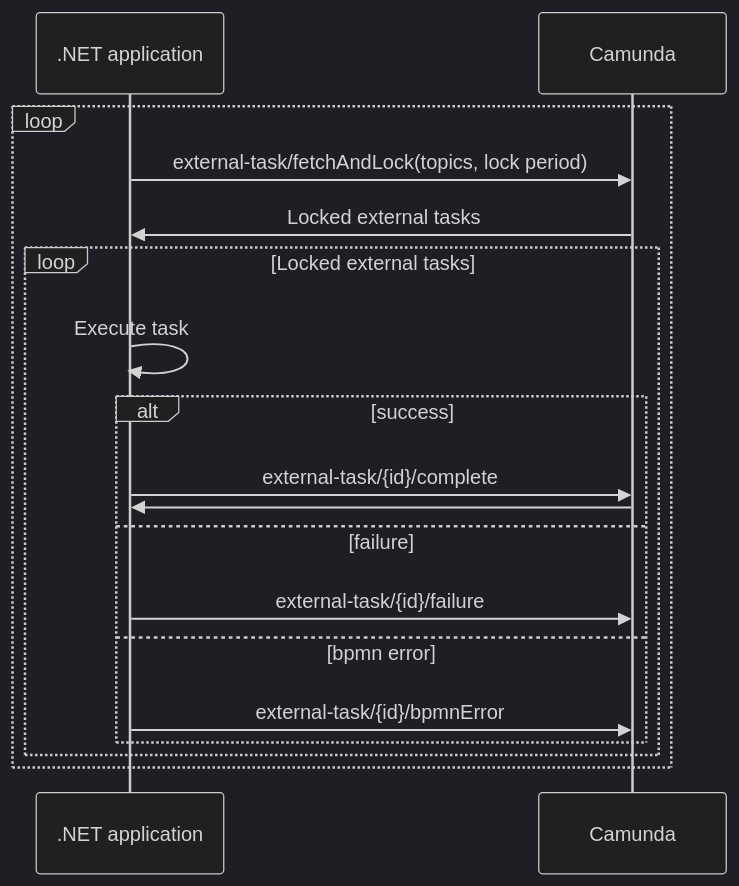
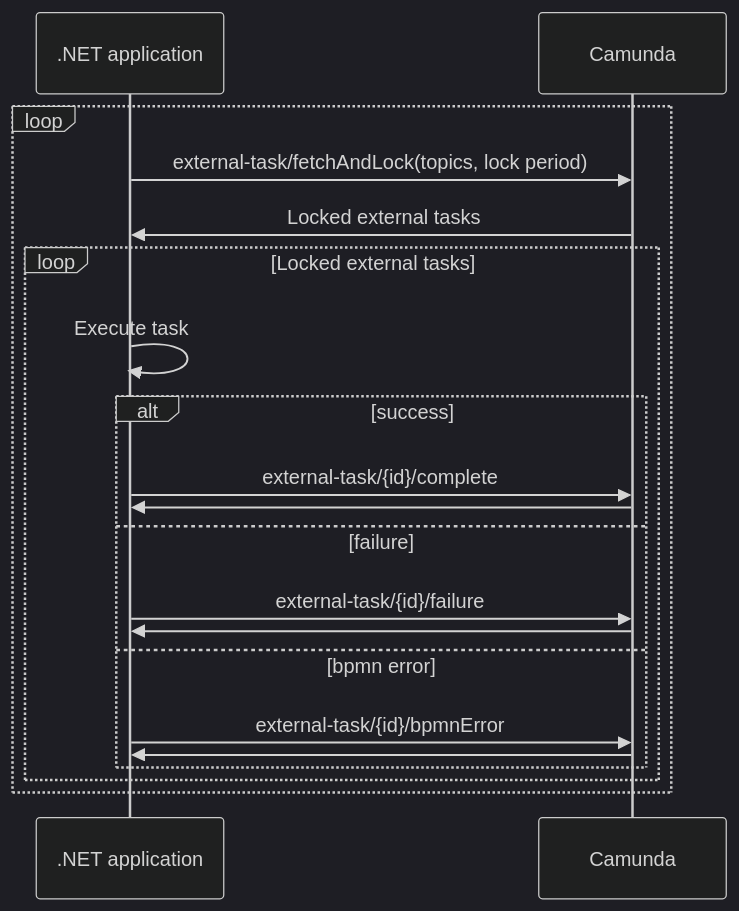
One commit to chrishaland/camunda-external-task changed the diagram in README.md. Above: the diagram before and after it, drawn with Mermaid (dark theme). The commit also changed other lines of this file and 7 other files, not shown here.

````diff
--- a/README.md
+++ b/README.md
@@ -11,20 +11,22 @@
 ```mermaid
 sequenceDiagram
     participant n as .NET application
     participant c as Camunda
     loop
         n->>c: external-task/fetchAndLock(topics, lock period)
         c->>n: Locked external tasks
         loop Locked external tasks
             n->>n: Execute task
             alt success
                 n->>c: external-task/{id}/complete
                 c->>n: 
             else failure
                 n->>c: external-task/{id}/failure
+                c->>n: 
             else bpmn error
                 n->>c: external-task/{id}/bpmnError
+                c->>n: 
             end
         end
     end
 ```
````
